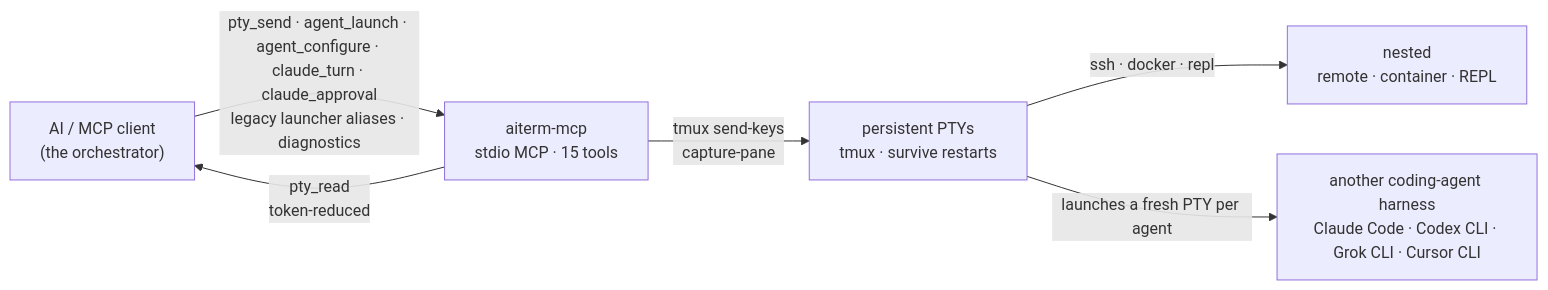
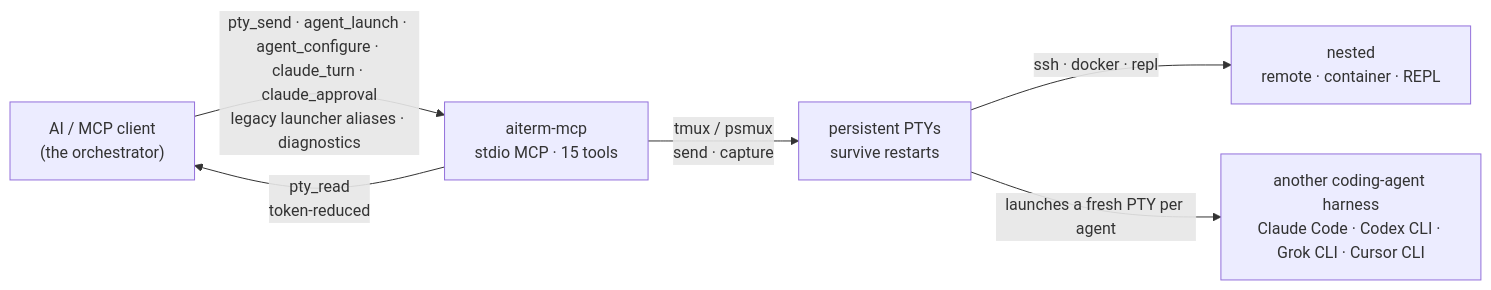
Before and after one commit to kitepon-rgb/aiterm-mcp: the diagram in README.md, drawn with Mermaid. The commit also changed other lines of this file and 13 other files, not shown here.

````diff
--- a/README.md
+++ b/README.md
@@ -343,8 +343,8 @@
 ```mermaid
 flowchart LR
     AI["AI / MCP client<br/>(the orchestrator)"] -->|"pty_send · agent_launch · agent_configure · claude_turn · claude_approval<br/>legacy launcher aliases · diagnostics"| S["aiterm-mcp<br/>stdio MCP · 15 tools"]
     S -->|"pty_read<br/>token-reduced"| AI
-    S -->|"tmux send-keys<br/>capture-pane"| P["persistent PTYs<br/>tmux · survive restarts"]
+    S -->|"tmux / psmux<br/>send · capture"| P["persistent PTYs<br/>survive restarts"]
     P -->|"ssh · docker · repl"| R["nested<br/>remote · container · REPL"]
     P -->|"launches a fresh PTY per agent"| A["another coding-agent harness<br/>Claude Code · Codex CLI · Grok CLI · Cursor CLI"]
 ```
````
